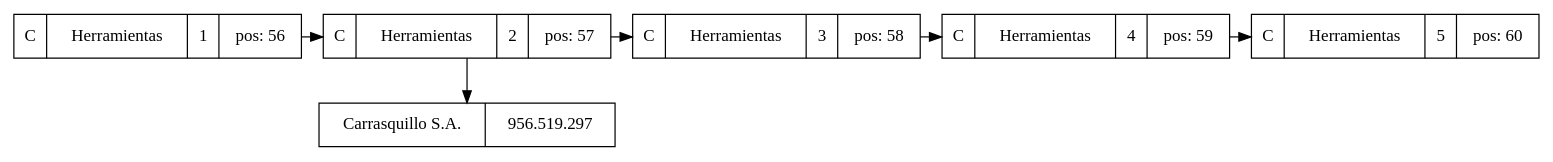
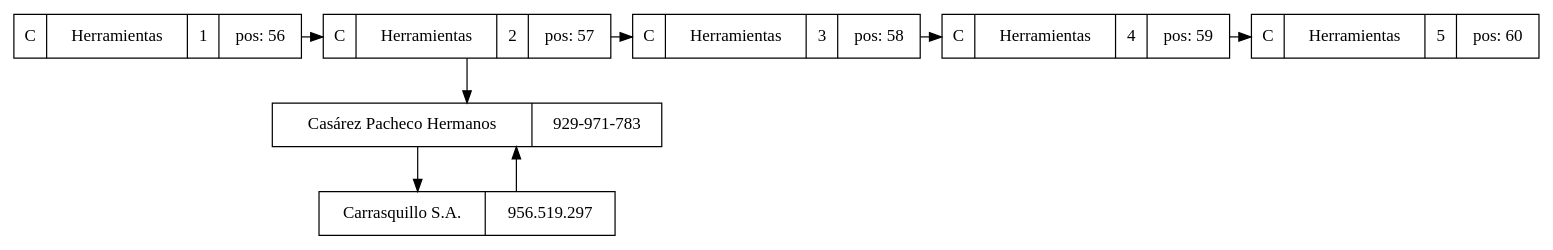
Before and after one commit to Pdante1897/EDD_VirtualMall_201700945: the diagram in src/Graphviz/files/lista12.dot, drawn with Graphviz. The commit also changed 14 other files, not shown here.

```diff
--- a/src/Graphviz/files/lista12.dot
+++ b/src/Graphviz/files/lista12.dot
@@ -1,16 +1,19 @@
 digraph G{
 node[shape="box" shape="record"]
 graph[splines="ortho"]
 node55[label="C|Herramientas|1|pos: 56"];
 node55->node56;
 node56[label="C|Herramientas|2|pos: 57"];
-node0xc000228780[label="Carrasquillo S.A.|956.519.297"];
-node56->node0xc000228780;
+node0xc000094820[label="Casárez Pacheco Hermanos|929-971-783"];
+node56->node0xc000094820;
+node0xc000094870[label="Carrasquillo S.A.|956.519.297"];
+node0xc000094820->node0xc000094870;
+node0xc000094870->node0xc000094820;
 node56->node57;
 node57[label="C|Herramientas|3|pos: 58"];
 node57->node58;
 node58[label="C|Herramientas|4|pos: 59"];
 node58->node59;
 node59[label="C|Herramientas|5|pos: 60"];
 {rank="same"; node55; node56; node57; node58; node59}
 }
```
